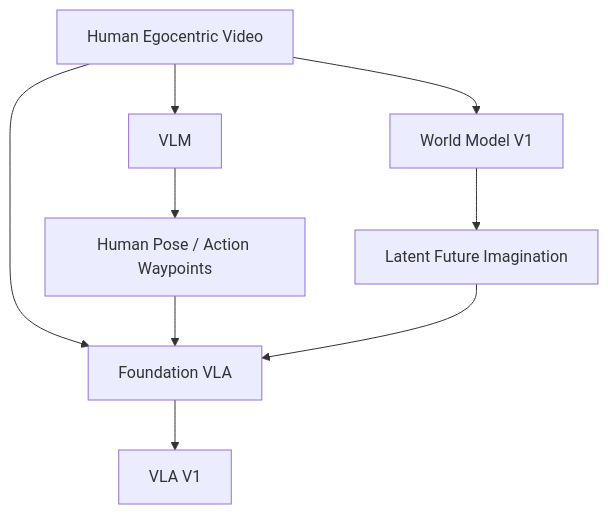
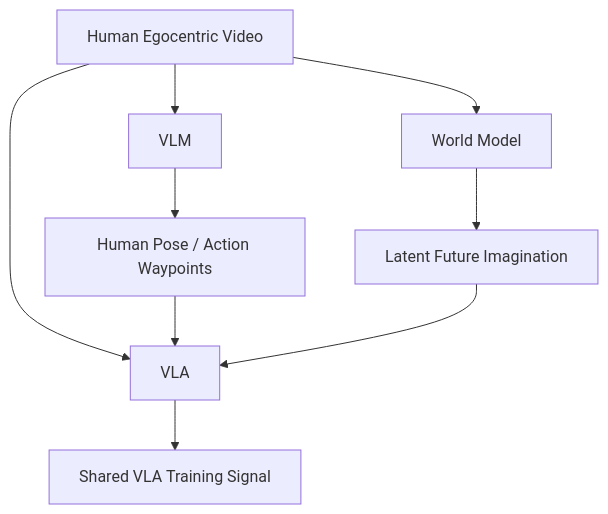
One commit to Freelunch-AI/freelunch-ide changed the fourth of 17 diagrams in docs/specs/post-demo/lunch_robotics.md. Above: the diagram before and after it, drawn with Mermaid. The commit also changed other lines of this file, not shown here.

First line of the commit message:
Enhance Foundation Model Data Funnel explanation

````diff
--- a/docs/specs/post-demo/lunch_robotics.md
+++ b/docs/specs/post-demo/lunch_robotics.md
@@ -165,14 +383,15 @@
 ```mermaid
 flowchart TD
     A["Human Egocentric Video"] --> B["VLM"]
     B --> C["Human Pose / Action Waypoints"]
 
-    A --> D["World Model V1"]
+    A --> D["World Model"]
     D --> E["Latent Future Imagination"]
 
-    A --> F["Foundation VLA"]
+    A --> F["VLA"]
+
     C --> F
     E --> F
 
-    F --> G["VLA V1"]
+    F --> G["Shared VLA Training Signal"]
 ```
````
